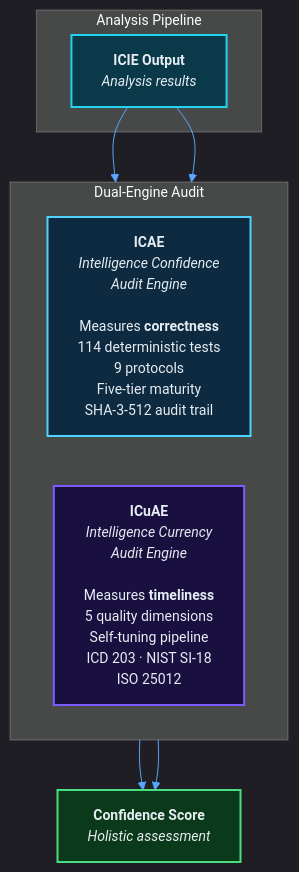
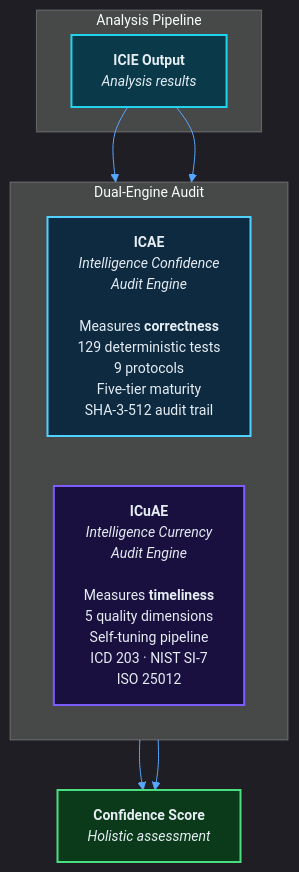
The diagram in docs/diagrams/confidence-framework.mmd (IT-Help-San-Diego/off-site-backup), drawn with Mermaid before and after one commit. The commit also changed 718 other files, not shown here.

```diff
--- a/docs/diagrams/confidence-framework.mmd
+++ b/docs/diagrams/confidence-framework.mmd
@@ -1,23 +1,23 @@
 %%{ init: { 'theme': 'dark', 'themeVariables': { 'primaryColor': '#1e3a5f', 'primaryTextColor': '#e6edf3', 'primaryBorderColor': '#58a6ff', 'lineColor': '#58a6ff', 'secondaryColor': '#0c1018', 'tertiaryColor': '#111720', 'fontSize': '14px' } } }%%
 graph TD
     subgraph pipeline["Analysis Pipeline"]
         ICIE["<b>ICIE Output</b><br/><i>Analysis results</i>"]:::cyan
     end
 
     subgraph dual["Dual-Engine Audit"]
         direction LR
-        ICAE["<b>ICAE</b><br/><i>Intelligence Confidence</i><br/><i>Audit Engine</i><br/><br/>Measures <b>correctness</b><br/>114 deterministic tests<br/>9 protocols<br/>Five-tier maturity<br/>SHA-3-512 audit trail"]:::icae
-        ICuAE["<b>ICuAE</b><br/><i>Intelligence Currency</i><br/><i>Audit Engine</i><br/><br/>Measures <b>timeliness</b><br/>5 quality dimensions<br/>Self-tuning pipeline<br/>ICD 203 · NIST SI-18<br/>ISO 25012"]:::icuae
+        ICAE["<b>ICAE</b><br/><i>Intelligence Confidence</i><br/><i>Audit Engine</i><br/><br/>Measures <b>correctness</b><br/>129 deterministic tests<br/>9 protocols<br/>Five-tier maturity<br/>SHA-3-512 audit trail"]:::icae
+        ICuAE["<b>ICuAE</b><br/><i>Intelligence Currency</i><br/><i>Audit Engine</i><br/><br/>Measures <b>timeliness</b><br/>5 quality dimensions<br/>Self-tuning pipeline<br/>ICD 203 · NIST SI-7<br/>ISO 25012"]:::icuae
     end
 
     ICIE --> ICAE
     ICIE --> ICuAE
     ICAE --> SCORE
     ICuAE --> SCORE
 
     SCORE["<b>Confidence Score</b><br/><i>Holistic assessment</i>"]:::green
 
     classDef cyan fill:#0a3a4a,stroke:#22d3ee,stroke-width:2px,color:#e6edf3
     classDef icae fill:#0d2a40,stroke:#4fd2ff,stroke-width:2px,color:#e6edf3
     classDef icuae fill:#1a1040,stroke:#7c5cff,stroke-width:2px,color:#e6edf3
     classDef green fill:#0a3a1a,stroke:#4ade80,stroke-width:2px,color:#e6edf3
```
